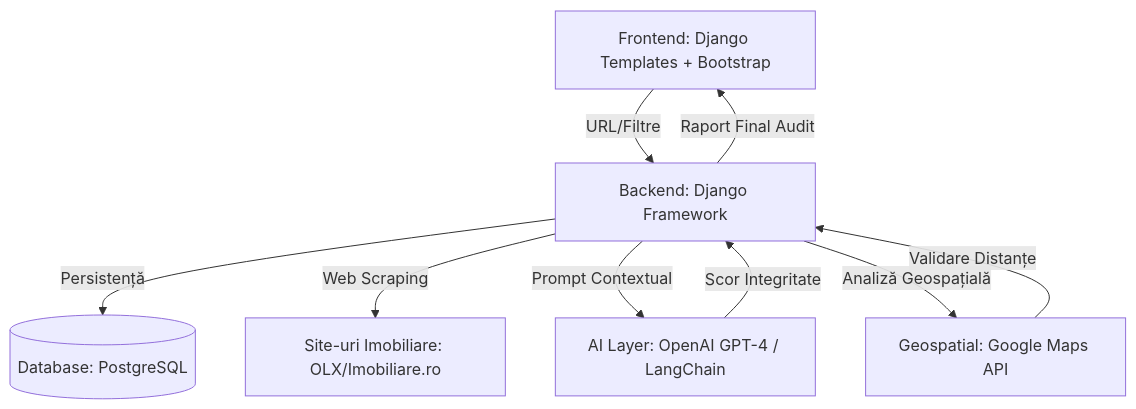
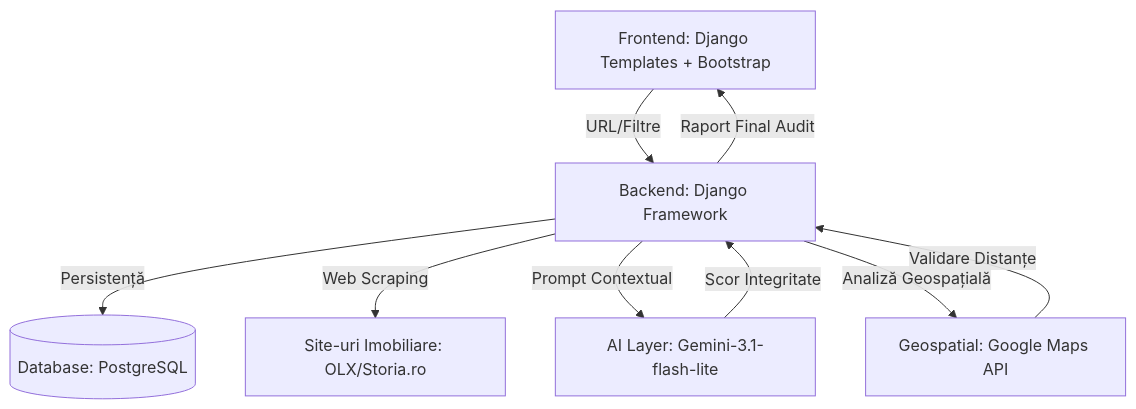
Before and after one commit to AlexDraghiciu25/Proiect-MDS: the first of 3 diagrams in README.md, drawn with Mermaid. The commit also changed other lines of this file, not shown here.

````diff
--- a/README.md
+++ b/README.md
@@ -56,11 +58,11 @@
 ```mermaid
 graph TD;
     UI[Frontend: Django Templates + Bootstrap] -- URL/Filtre --> Django[Backend: Django Framework];
     Django -- Persistență --> DB[(Database: PostgreSQL)];
-    Django -- Web Scraping --> Web[Site-uri Imobiliare: OLX/Imobiliare.ro];
-    Django -- Prompt Contextual --> AI[AI Layer: OpenAI GPT-4 / LangChain];
+    Django -- Web Scraping --> Web[Site-uri Imobiliare: OLX/Storia.ro];
+    Django -- Prompt Contextual --> AI[AI Layer: Gemini-3.1-flash-lite];
     Django -- Analiză Geospațială --> Maps[Geospatial: Google Maps API];
     AI -- Scor Integritate --> Django;
     Maps -- Validare Distanțe --> Django;
     Django -- Raport Final Audit --> UI;
 ```
````
